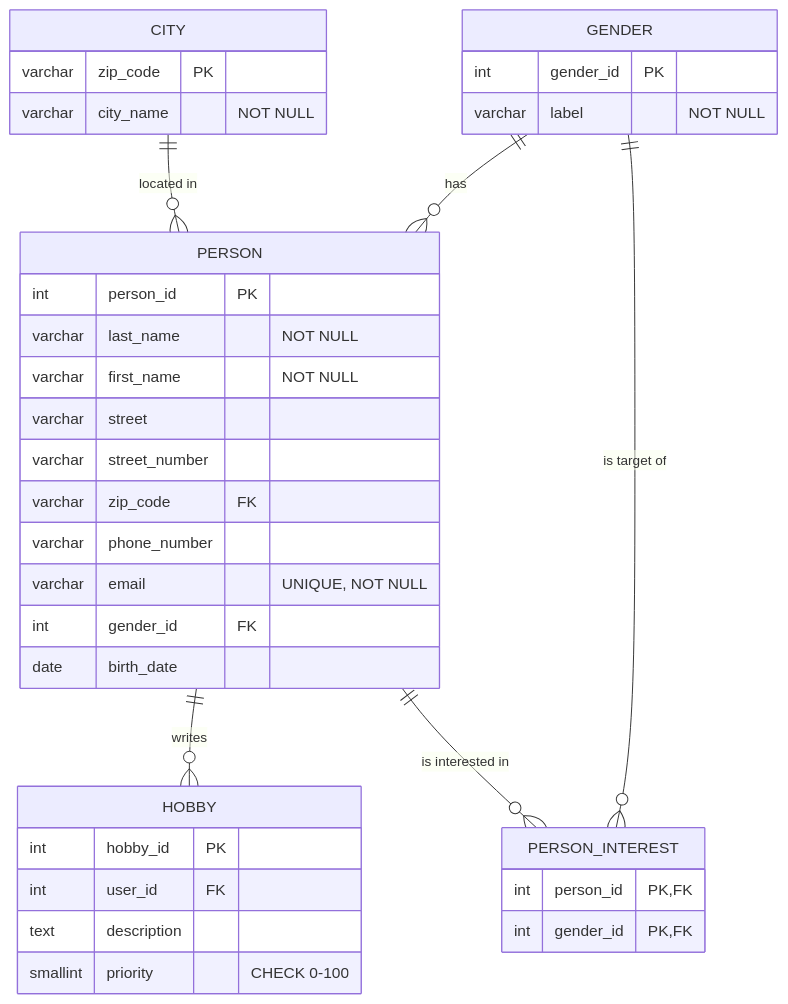
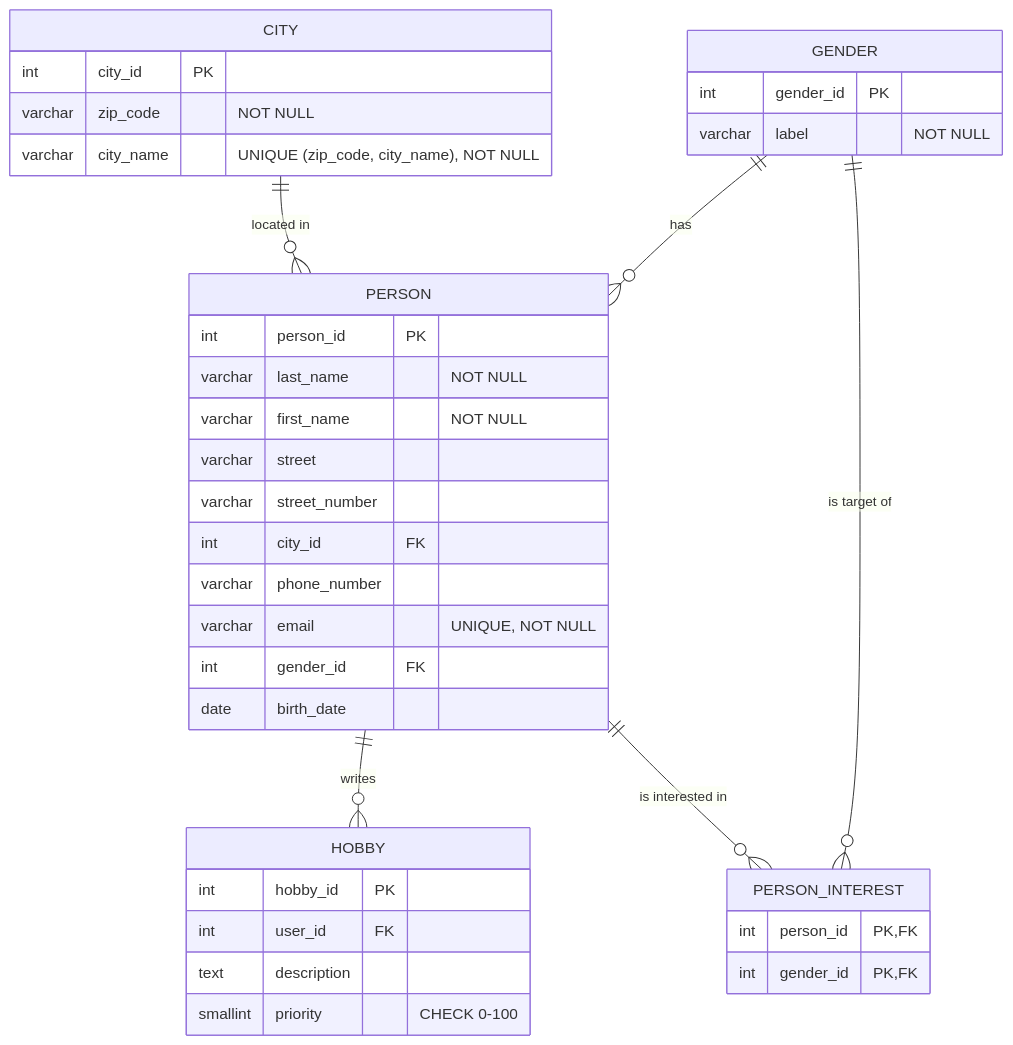
The diagram in results/befundnotiz.md (Henrikbch1/LetsMeet), drawn with Mermaid before and after one commit. The commit also changed 5 other files, not shown here.

````diff
--- a/results/befundnotiz.md
+++ b/results/befundnotiz.md
@@ -5,43 +5,44 @@
 ```mermaid
 erDiagram
     CITY {
-        varchar zip_code PK
-        varchar city_name "NOT NULL"
+        int city_id PK
+        varchar zip_code "NOT NULL"
+        varchar city_name "UNIQUE (zip_code, city_name), NOT NULL"
     }
 
     GENDER {
         int gender_id PK
         varchar label "NOT NULL"
     }
 
     PERSON {
         int person_id PK
         varchar last_name "NOT NULL"
         varchar first_name "NOT NULL"
         varchar street
         varchar street_number
-        varchar zip_code FK
+        int city_id FK
         varchar phone_number
         varchar email "UNIQUE, NOT NULL"
         int gender_id FK
         date birth_date
     }
 
     HOBBY {
         int hobby_id PK
         int user_id FK
         text description
         smallint priority "CHECK 0-100"
     }
 
     PERSON_INTEREST {
         int person_id PK,FK
         int gender_id PK,FK
     }
 
     CITY      ||--o{ PERSON      : "located in"
     GENDER    ||--o{ PERSON      : "has"
     PERSON    ||--o{ HOBBY         : "writes"
     PERSON    ||--o{ PERSON_INTEREST : "is interested in"
     GENDER    ||--o{ PERSON_INTEREST : "is target of"
 ```
````
